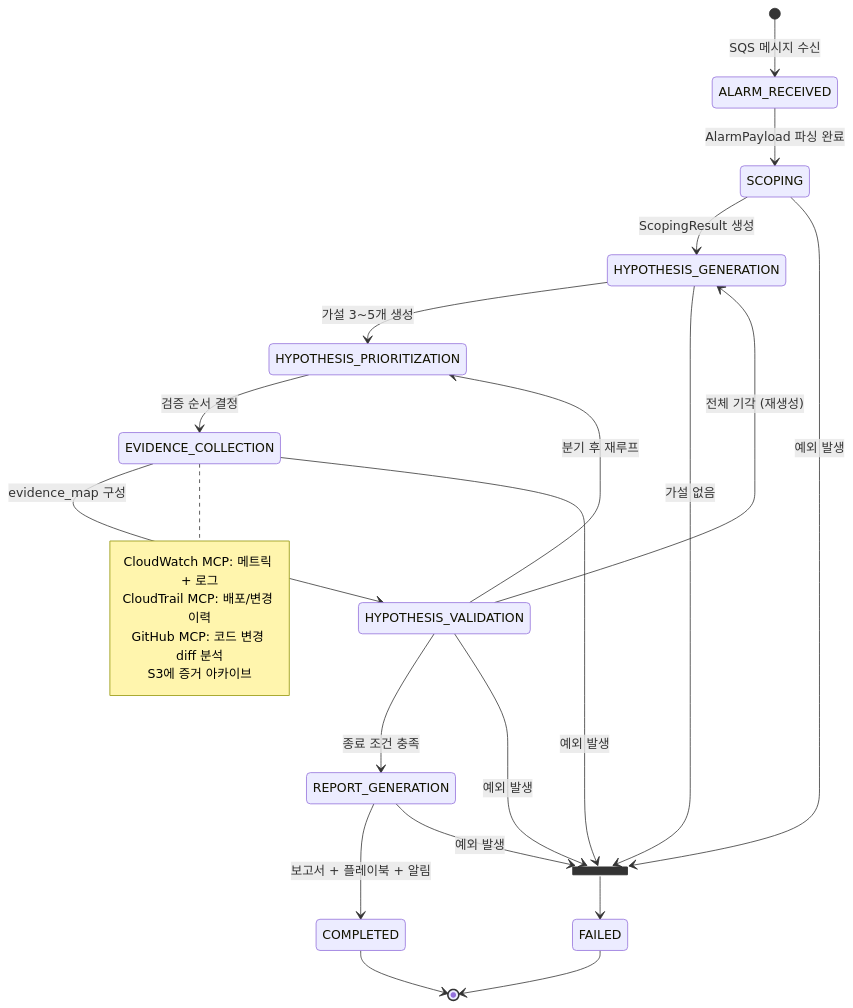
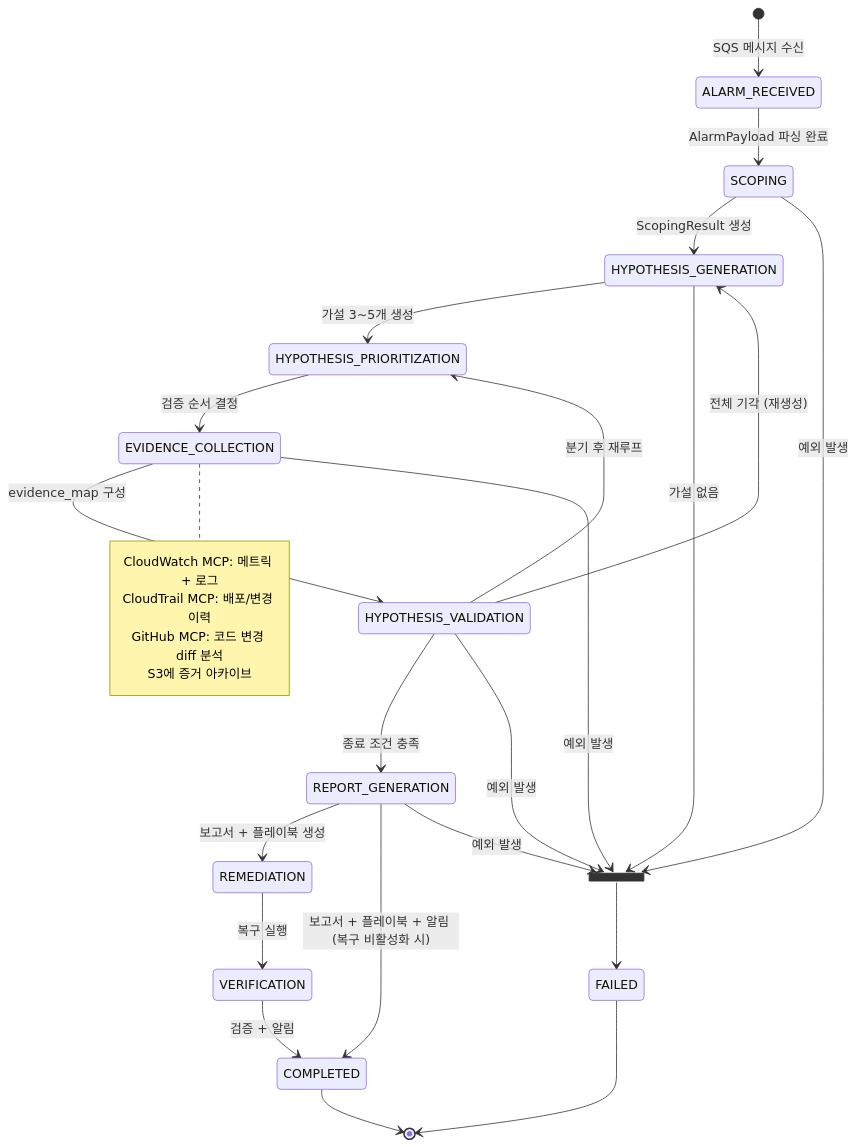
One commit to haandol/rca-agent changed the third of 7 diagrams in docs/architecture-and-demo-flow.md. Above: the diagram before and after it, drawn with Mermaid. The commit also changed other lines of this file and 10 other files, not shown here.

````diff
--- a/docs/architecture-and-demo-flow.md
+++ b/docs/architecture-and-demo-flow.md
@@ -170,37 +182,41 @@
 ```mermaid
 stateDiagram-v2
     [*] --> ALARM_RECEIVED: SQS 메시지 수신
 
     ALARM_RECEIVED --> SCOPING: AlarmPayload 파싱 완료
 
     SCOPING --> HYPOTHESIS_GENERATION: ScopingResult 생성
 
     HYPOTHESIS_GENERATION --> HYPOTHESIS_PRIORITIZATION: 가설 3~5개 생성
 
     HYPOTHESIS_PRIORITIZATION --> EVIDENCE_COLLECTION: 검증 순서 결정
 
     EVIDENCE_COLLECTION --> HYPOTHESIS_VALIDATION: evidence_map 구성
     note right of EVIDENCE_COLLECTION
         CloudWatch MCP: 메트릭 + 로그
         CloudTrail MCP: 배포/변경 이력
         GitHub MCP: 코드 변경 diff 분석
         S3에 증거 아카이브
     end note
 
     HYPOTHESIS_VALIDATION --> REPORT_GENERATION: 종료 조건 충족
     HYPOTHESIS_VALIDATION --> HYPOTHESIS_PRIORITIZATION: 분기 후 재루프
     HYPOTHESIS_VALIDATION --> HYPOTHESIS_GENERATION: 전체 기각 (재생성)
 
-    REPORT_GENERATION --> COMPLETED: 보고서 + 플레이북 + 알림
+    REPORT_GENERATION --> REMEDIATION: 보고서 + 플레이북 생성
+    REMEDIATION --> VERIFICATION: 복구 실행
+    VERIFICATION --> COMPLETED: 검증 + 알림
+
+    REPORT_GENERATION --> COMPLETED: 보고서 + 플레이북 + 알림 (복구 비활성화 시)
 
     state FAILED_STATE <<join>>
     SCOPING --> FAILED_STATE: 예외 발생
     HYPOTHESIS_GENERATION --> FAILED_STATE: 가설 없음
     EVIDENCE_COLLECTION --> FAILED_STATE: 예외 발생
     HYPOTHESIS_VALIDATION --> FAILED_STATE: 예외 발생
     REPORT_GENERATION --> FAILED_STATE: 예외 발생
     FAILED_STATE --> FAILED
 
     COMPLETED --> [*]
     FAILED --> [*]
 ```
````
